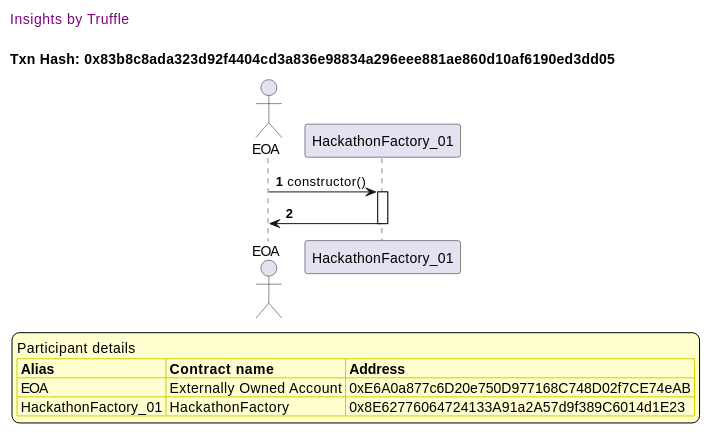
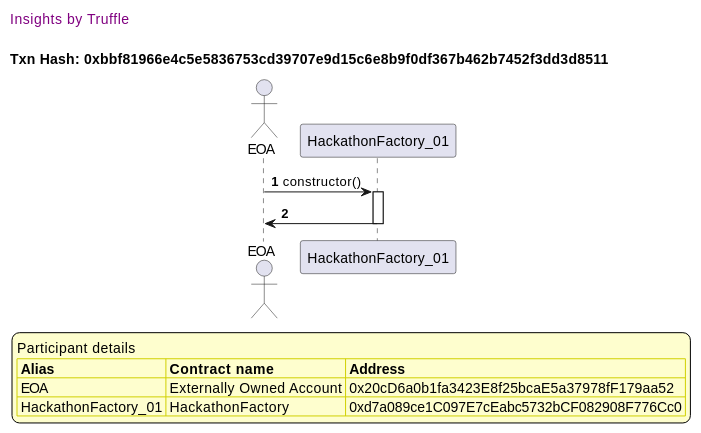
The fifth of 11 diagrams in truffle-seq/factory_hackathonfactory.md (fodisi/hackapay), drawn with PlantUML before and after one commit. The commit also changed other lines of this file and 10 other files, not shown here.

````diff
--- a/truffle-seq/factory_hackathonfactory.md
+++ b/truffle-seq/factory_hackathonfactory.md
@@ -229,37 +229,37 @@
 ```plantuml
 
 
 @startuml
 
 autonumber
 skinparam legendBackgroundColor #FEFECE
 
 <style>
       header {
         HorizontalAlignment left
         FontColor purple
         FontSize 14
         Padding 10
       }
     </style>
 
 header Insights by Truffle
 
-title Txn Hash: 0x83b8c8ada323d92f4404cd3a836e98834a296eee881ae860d10af6190ed3dd05
+title Txn Hash: 0xbbf81966e4c5e5836753cd39707e9d15c6e8b9f0df367b462b7452f3dd3d8511
 
 
 actor EOA as "EOA"
 participant HackathonFactory_01 as "HackathonFactory_01"
 
 "EOA" -> "HackathonFactory_01" ++: constructor()
 "HackathonFactory_01" -> "EOA" --: 
 
 legend
 Participant details
 <#FEFECE,#D0D000>|= Alias |= Contract name |= Address |
-<#FEFECE>| EOA | Externally Owned Account | 0xE6A0a877c6D20e750D977168C748D02f7CE74eAB |
-<#FEFECE>| HackathonFactory_01 | HackathonFactory | 0x8E62776064724133A91a2A57d9f389C6014d1E23 |
+<#FEFECE>| EOA | Externally Owned Account | 0x20cD6a0b1fa3423E8f25bcaE5a37978fF179aa52 |
+<#FEFECE>| HackathonFactory_01 | HackathonFactory | 0xd7a089ce1C097E7cEabc5732bCF082908F776Cc0 |
 endlegend
 
 @enduml
 ```
````
